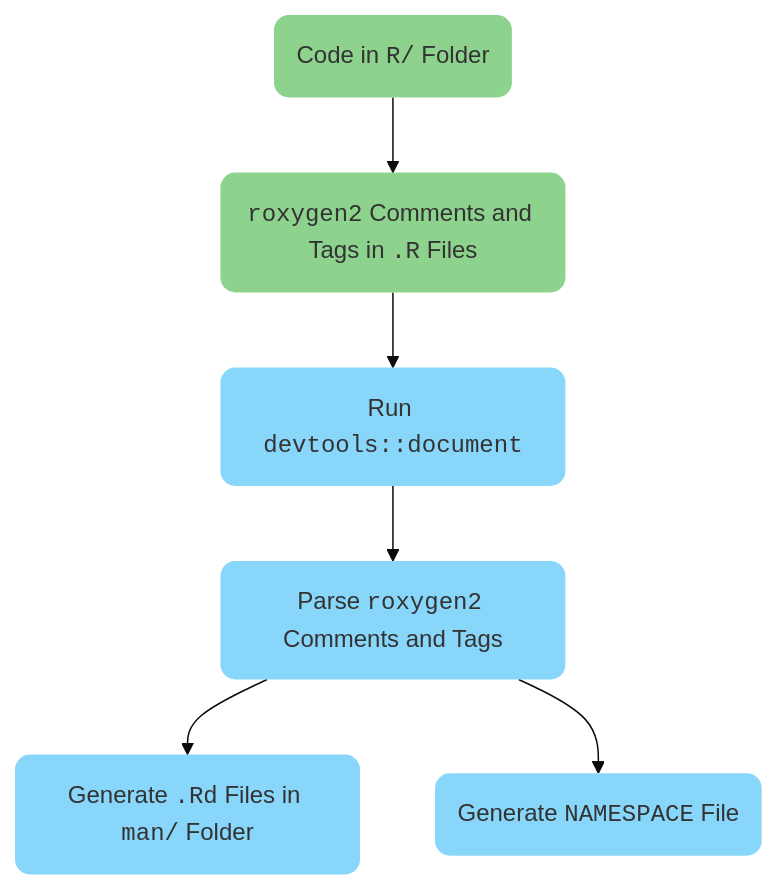
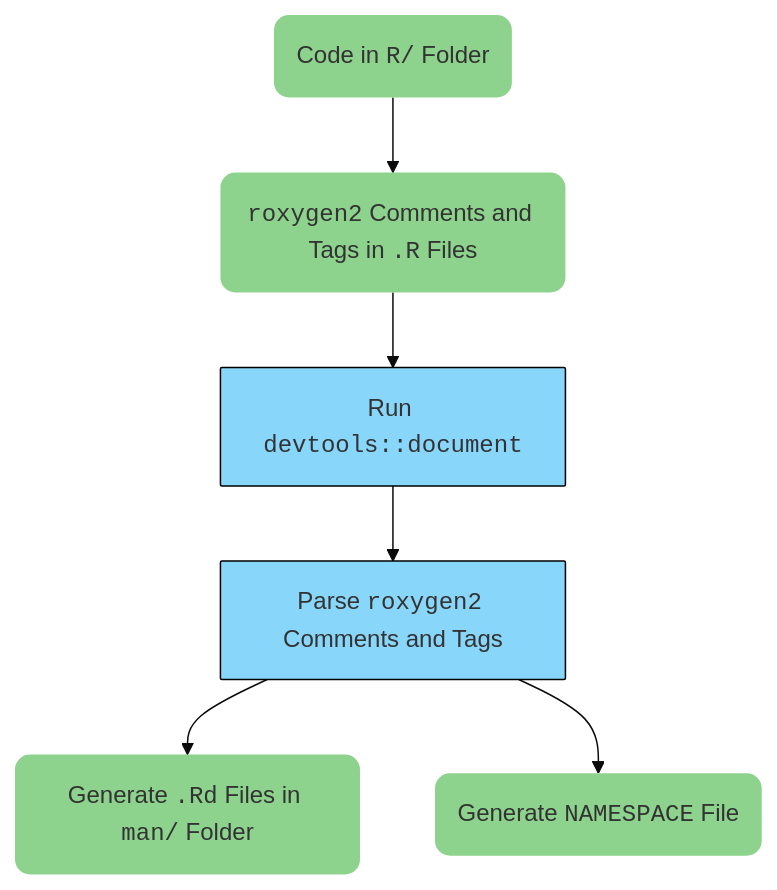
The first of 2 diagrams in document.qmd (mjfrigaard/shiny-app-pkgs), drawn with Mermaid before and after one commit. The commit also changed other lines of this file and 85 other files, not shown here.

Commit message:
fix mermaid charts

````diff
--- a/document.qmd
+++ b/document.qmd
@@ -159,20 +116,19 @@
 ```{mermaid}
-%%| fig-width: 6.5
 %%| fig-align: center
 %%| fig-cap: '`roxygen2` creates the `NAMESPACE` and `man/` documentation'
-%%{init: {'theme': 'base', 'themeVariables': { 'fontFamily': 'Inconsolata', 'primaryColor': '#33a02c', 'edgeLabelBackground':'#02577A'}}}%%
+%%{init: {'theme': 'base', 'themeVariables': { 'fontFamily': 'monospace', 'primaryColor': '#33a02c', 'edgeLabelBackground':'#02577A'}}}%%
 
 flowchart TD
   X1(Code in <code>R/</code> Folder) --> X2(<code>roxygen2</code> Comments and Tags in <code>.R</code> Files)
   X2 --> X3(Run <code>devtools::document</code>)
   X3 --> X4(Parse <code>roxygen2</code> Comments and Tags)
   X4 --> X5(Generate <code>.Rd</code> Files in <code>man/</code> Folder)
   X4 --> X6(Generate <code>NAMESPACE</code> File)
   
   style X1 fill:#8dd38d,stroke:none,rx:10,ry:10;
   style X2 fill:#8dd38d,stroke:none,rx:10,ry:10;
-  style X3 fill:#89D6FB,stroke:none,rx:10,ry:10;
-  style X4 fill:#89D6FB,stroke:none,rx:10,ry:10;
-  style X5 fill:#89D6FB,stroke:none,rx:10,ry:10;
-  style X6 fill:#89D6FB,stroke:none,rx:10,ry:10;
+  style X3 fill:#89D6FB,stroke:#000000,rx:1,ry:1;
+  style X4 fill:#89D6FB,stroke:#000000,rx:1,ry:1;
+  style X5 fill:#8dd38d,stroke:none,rx:10,ry:10;
+  style X6 fill:#8dd38d,stroke:none,rx:10,ry:10;
 ```
````
